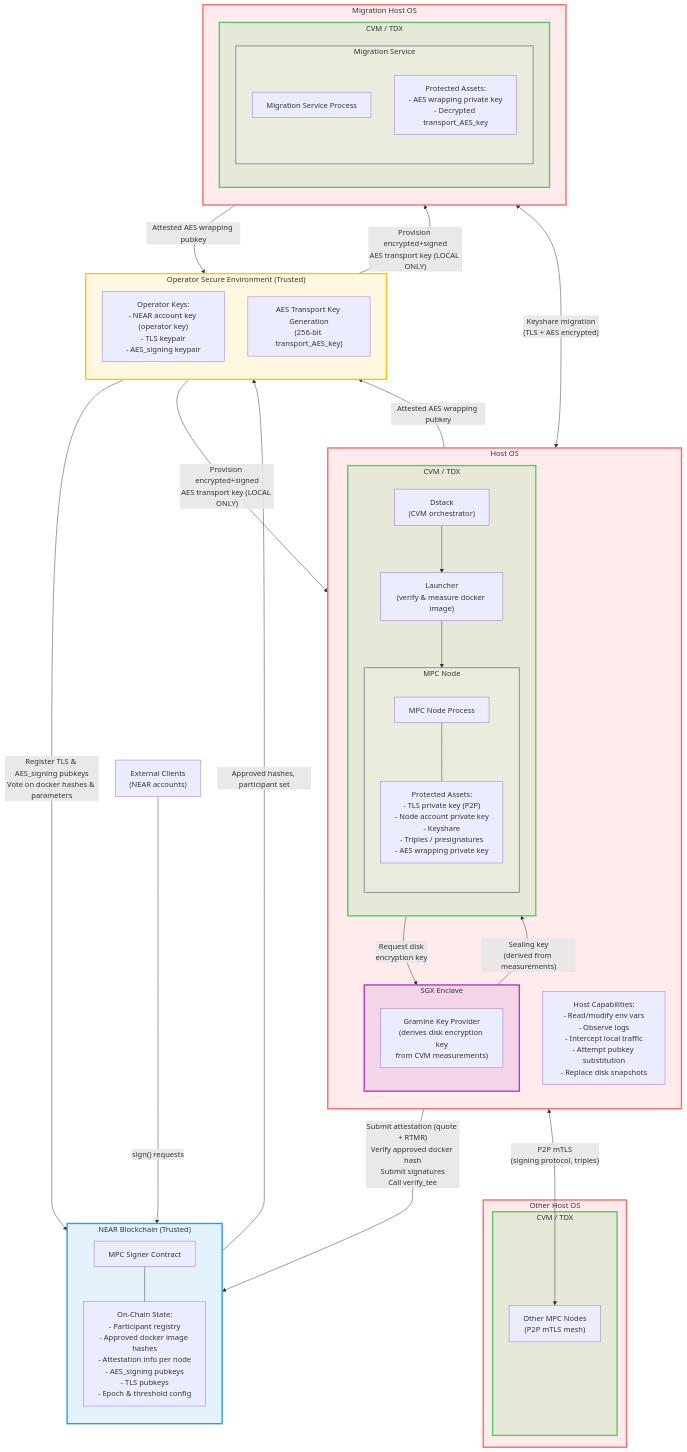
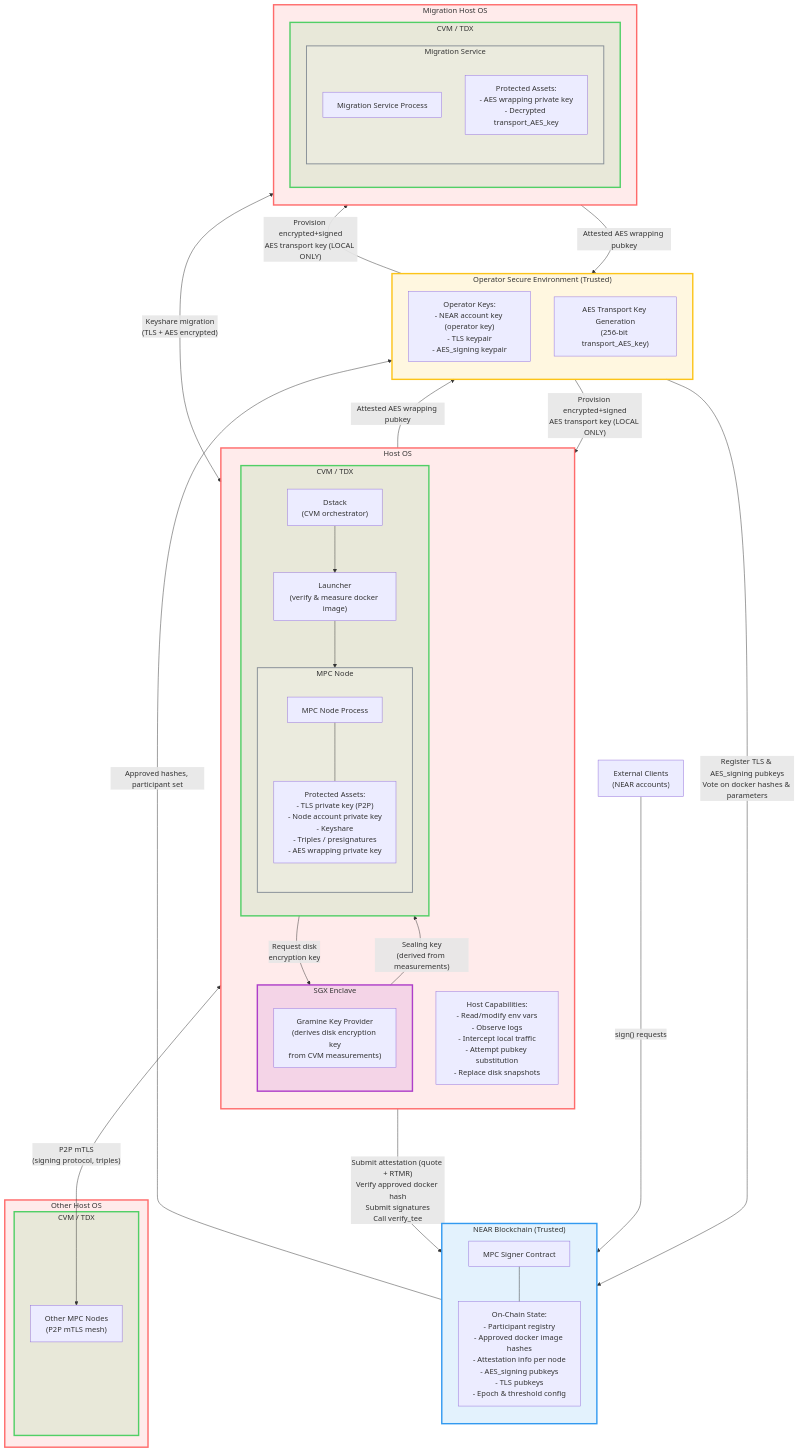
Before and after one commit to near/mpc: the first of 3 diagrams in docs/threat-model-diagram.md, drawn with Mermaid.

Commit message:
docs: point data flows to contract node, reorder subgraphs

```diff
--- a/docs/threat-model-diagram.md
+++ b/docs/threat-model-diagram.md
@@ -65,6 +65,20 @@
     end
 
     %% ───────────────────────────────────────────────
+    %% Other MPC Nodes (also nested) — declared first to place left
+    %% ───────────────────────────────────────────────
+    subgraph PEER_HOST["Other Host OS"]
+        subgraph PEER_CVM["CVM / TDX"]
+            PEER_NODES["Other MPC Nodes<br/>(P2P mTLS mesh)"]
+        end
+    end
+
+    %% ───────────────────────────────────────────────
+    %% External Clients
+    %% ───────────────────────────────────────────────
+    CLIENTS["External Clients<br/>(NEAR accounts)"]
+
+    %% ───────────────────────────────────────────────
     %% Migration Server: Host OS > CVM > Migration Svc
     %% ───────────────────────────────────────────────
     subgraph MIG_HOST["Migration Host OS"]
@@ -80,26 +94,12 @@
     end
 
     %% ───────────────────────────────────────────────
-    %% External Clients
-    %% ───────────────────────────────────────────────
-    CLIENTS["External Clients<br/>(NEAR accounts)"]
-
-    %% ───────────────────────────────────────────────
-    %% Other MPC Nodes (also nested)
-    %% ───────────────────────────────────────────────
-    subgraph PEER_HOST["Other Host OS"]
-        subgraph PEER_CVM["CVM / TDX"]
-            PEER_NODES["Other MPC Nodes<br/>(P2P mTLS mesh)"]
-        end
-    end
-
-    %% ───────────────────────────────────────────────
     %% DATA FLOWS
     %% ───────────────────────────────────────────────
 
     %% Operator <-> Contract
-    OPERATOR -- "Register TLS & AES_signing pubkeys<br/>Vote on docker hashes & parameters" --> BLOCKCHAIN
-    BLOCKCHAIN -- "Approved hashes, participant set" --> OPERATOR
+    OPERATOR -- "Register TLS & AES_signing pubkeys<br/>Vote on docker hashes & parameters" --> CONTRACT
+    CONTRACT -- "Approved hashes, participant set" --> OPERATOR
 
     %% Operator <-> CVM (local only)
     OPERATOR -- "Provision encrypted+signed<br/>AES transport key (LOCAL ONLY)" --> MPC_BOX
```
